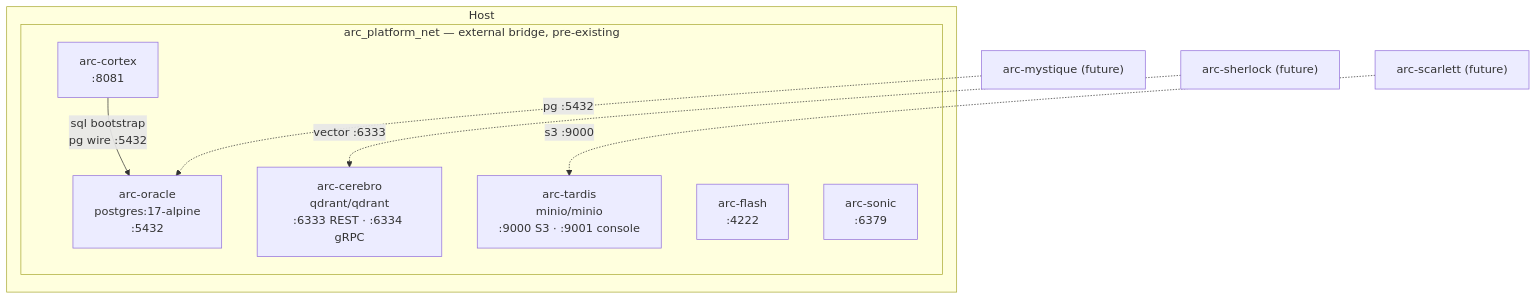
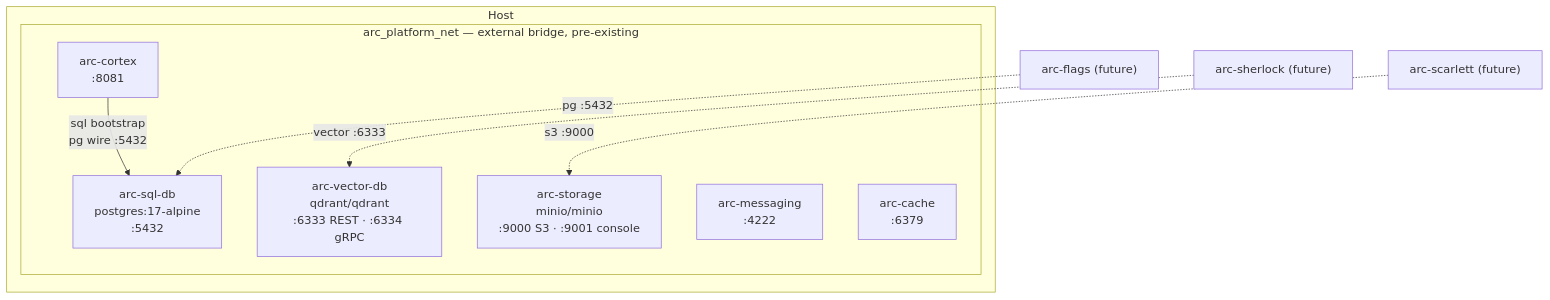
One commit to arc-framework/arc-platform changed the second of 4 diagrams in specs/005-data-layer/plan.md. Above: the diagram before and after it, drawn with Mermaid. The commit also changed other lines of this file and 34 other files, not shown here.

````diff
--- a/specs/005-data-layer/plan.md
+++ b/specs/005-data-layer/plan.md
@@ -47,18 +47,18 @@
 ```mermaid
 graph TB
     subgraph Host
         subgraph arc_platform_net [arc_platform_net — external bridge, pre-existing]
-            oracle["arc-oracle\npostgres:17-alpine\n:5432"]
-            cerebro["arc-cerebro\nqdrant/qdrant\n:6333 REST · :6334 gRPC"]
-            tardis["arc-tardis\nminio/minio\n:9000 S3 · :9001 console"]
+            oracle["arc-sql-db\npostgres:17-alpine\n:5432"]
+            cerebro["arc-vector-db\nqdrant/qdrant\n:6333 REST · :6334 gRPC"]
+            tardis["arc-storage\nminio/minio\n:9000 S3 · :9001 console"]
             cortex["arc-cortex\n:8081"]
-            flash["arc-flash\n:4222"]
-            sonic["arc-sonic\n:6379"]
+            flash["arc-messaging\n:4222"]
+            sonic["arc-cache\n:6379"]
         end
     end
 
     cortex -- "sql bootstrap\npg wire :5432" --> oracle
-    mystique_future["arc-mystique (future)"] -. "pg :5432" .-> oracle
+    mystique_future["arc-flags (future)"] -. "pg :5432" .-> oracle
     sherlock_future["arc-sherlock (future)"] -. "vector :6333" .-> cerebro
     scarlett_future["arc-scarlett (future)"] -. "s3 :9000" .-> tardis
 ```
````
